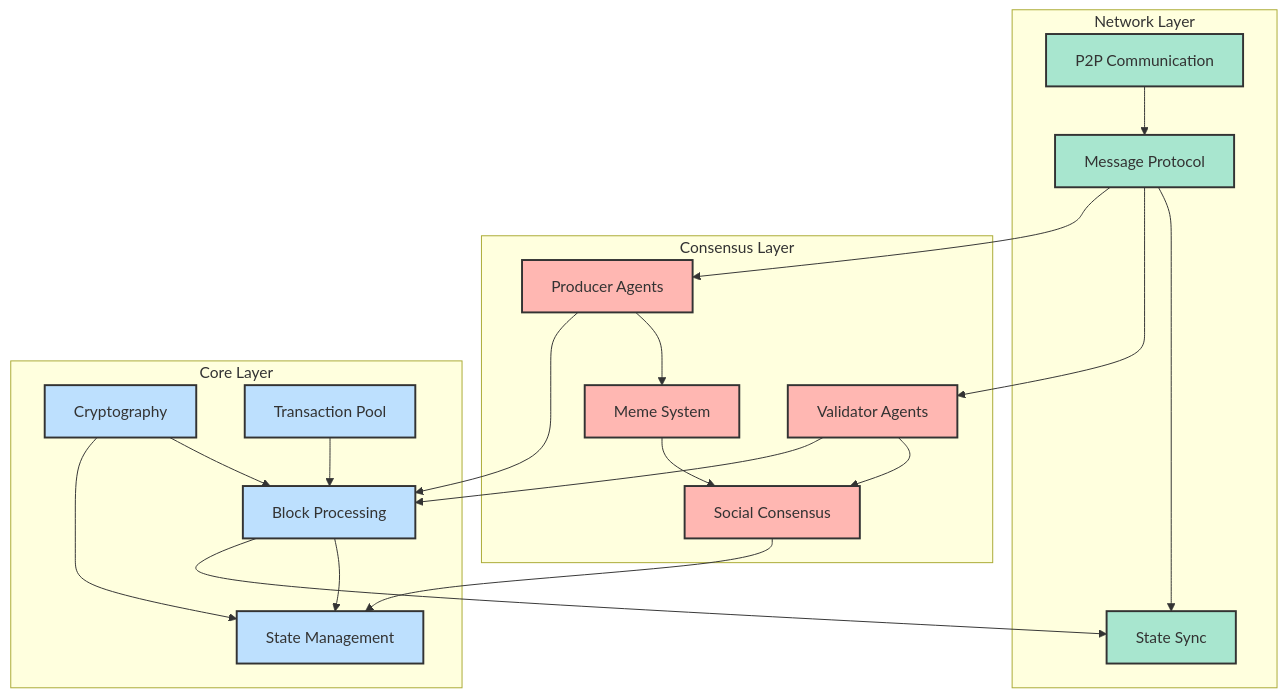
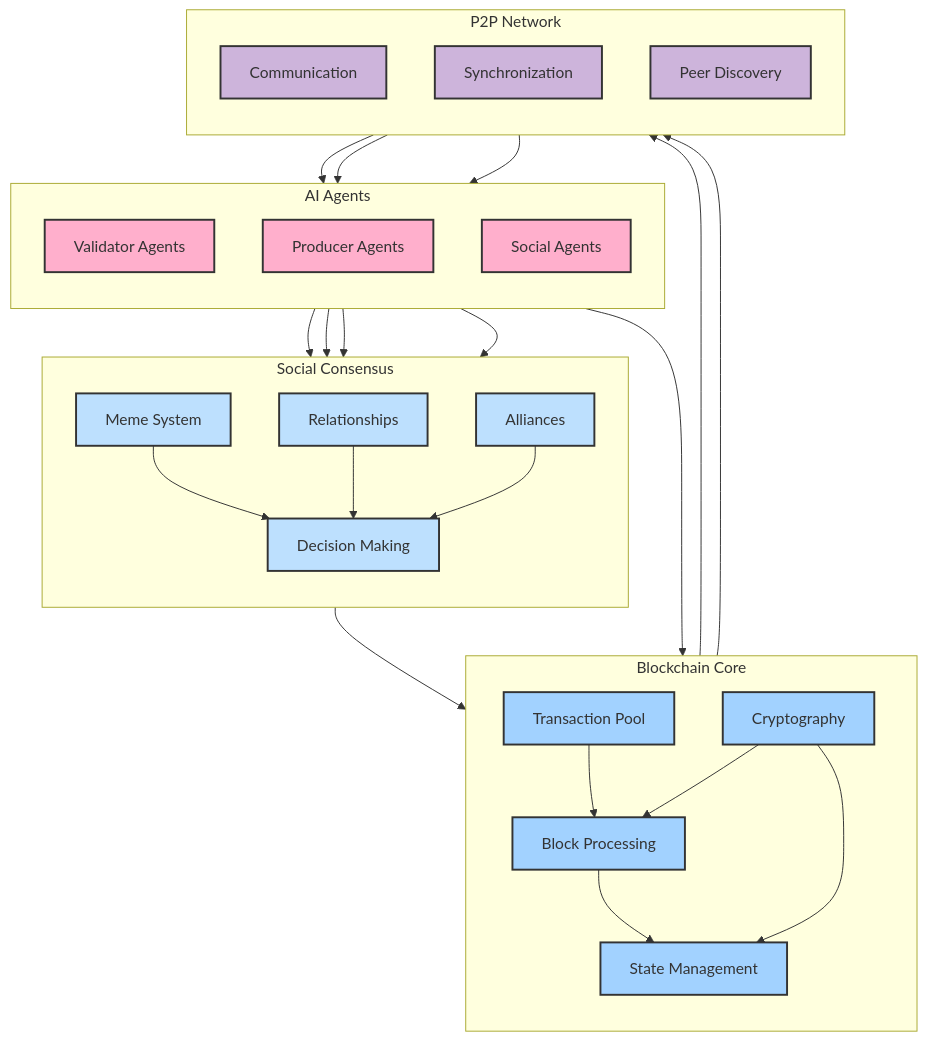
The first of 6 diagrams in docs/introduction/architecture.md (SumeetChougule/chaoschain), drawn with Mermaid before and after one commit.

Commit message:
Completely revise System Overview diagram to better reflect ChaosChain's architecture

````diff
--- a/docs/introduction/architecture.md
+++ b/docs/introduction/architecture.md
@@ -9,54 +9,69 @@
 ```mermaid
 flowchart TB
-    subgraph Network["Network Layer"]
-        P2P["P2P Communication"]
-        MSG["Message Protocol"]
-        SYNC["State Sync"]
-    end
-    
-    subgraph Consensus["Consensus Layer"]
-        VA["Validator Agents"]
-        PA["Producer Agents"]
-        MEME["Meme System"]
-        SOC["Social Consensus"]
-    end
-    
-    subgraph Core["Core Layer"]
-        BP["Block Processing"]
-        STATE["State Management"]
-        CRYPTO["Cryptography"]
-        TXPOOL["Transaction Pool"]
+    subgraph Agents["AI Agents"]
+        direction TB
+        V["Validator Agents"]
+        P["Producer Agents"]
+        S["Social Agents"]
     end
 
-    %% Network Layer Connections
-    P2P --> MSG
-    MSG --> SYNC
-    
-    %% Consensus Layer Internal
-    VA --> SOC
-    PA --> MEME
-    MEME --> SOC
-    
-    %% Core Layer Internal
-    TXPOOL --> BP
-    BP --> STATE
-    CRYPTO --> BP
-    CRYPTO --> STATE
-    
-    %% Cross-Layer Connections
-    MSG --> VA
-    MSG --> PA
-    SOC --> STATE
-    BP --> SYNC
-    PA --> BP
-    VA --> BP
+    subgraph Consensus["Social Consensus"]
+        direction TB
+        M["Meme System"]
+        R["Relationships"]
+        A["Alliances"]
+        D["Decision Making"]
+    end
+
+    subgraph Chain["Blockchain Core"]
+        direction TB
+        B["Block Processing"]
+        T["Transaction Pool"]
+        ST["State Management"]
+        C["Cryptography"]
+    end
+
+    subgraph Network["P2P Network"]
+        direction TB
+        COM["Communication"]
+        SYNC["Synchronization"]
+        PEER["Peer Discovery"]
+    end
+
+    %% Agent Interactions
+    V --> D
+    P --> M
+    S --> R
+    S --> A
+
+    %% Consensus Formation
+    M --> D
+    R --> D
+    A --> D
+
+    %% Core Operations
+    D --> B
+    P --> B
+    T --> B
+    B --> ST
+    C --> B
+    C --> ST
+
+    %% Network Operations
+    COM --> V
+    COM --> P
+    COM --> S
+    B --> SYNC
+    ST --> SYNC
 
     classDef default fill:#f8f9fa,stroke:#333,stroke-width:2px
-    classDef network fill:#a8e6cf,stroke:#333,stroke-width:2px
-    classDef consensus fill:#ffb7b2,stroke:#333,stroke-width:2px
-    classDef core fill:#bde0fe,stroke:#333,stroke-width:2px
-    
-    class P2P,MSG,SYNC network
-    class VA,PA,MEME,SOC consensus
-    class BP,STATE,CRYPTO,TXPOOL core
+    classDef agents fill:#ffafcc,stroke:#333,stroke-width:2px
+    classDef consensus fill:#bde0fe,stroke:#333,stroke-width:2px
+    classDef chain fill:#a2d2ff,stroke:#333,stroke-width:2px
+    classDef network fill:#cdb4db,stroke:#333,stroke-width:2px
+
+    class V,P,S agents
+    class M,R,A,D consensus
+    class B,T,ST,C chain
+    class COM,SYNC,PEER network
 ```
````
